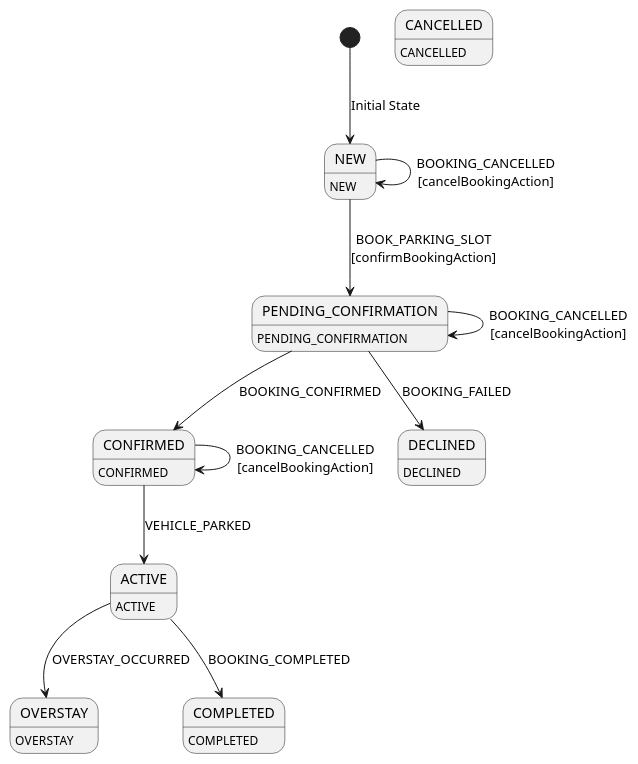
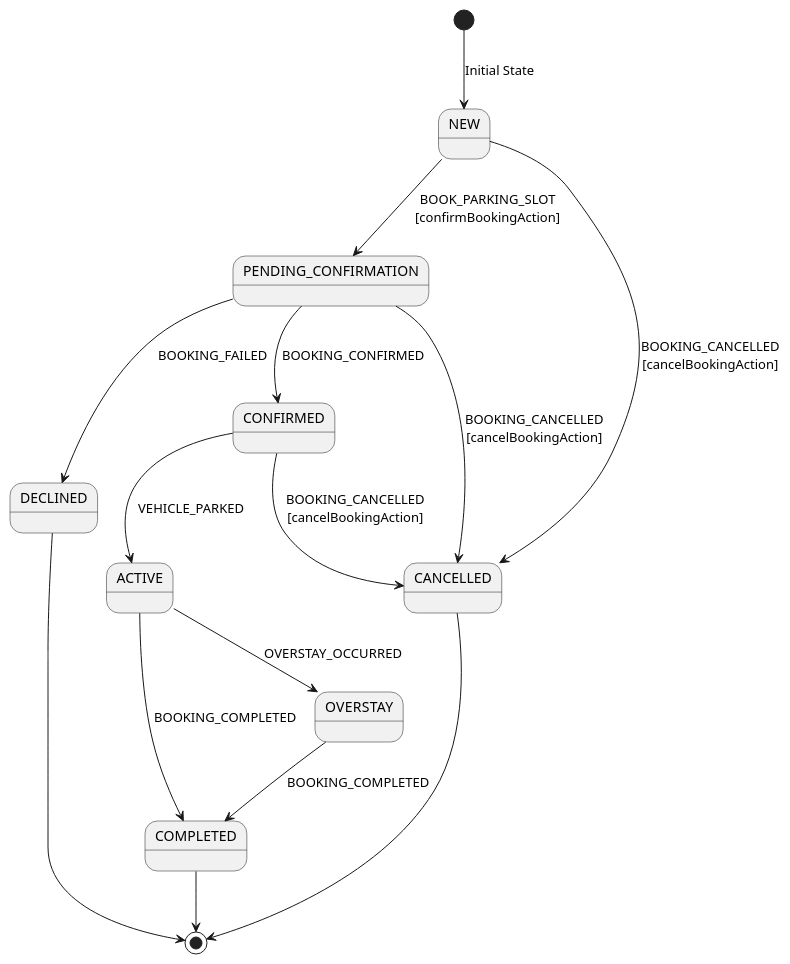
One commit to MohamedAbdulmaksoud/fhdo-smart-parking changed the diagram in fhdo-booking-service/static/uml/StateMachineConfig.puml. Above: the diagram before and after it, drawn with PlantUML. The commit also changed 76 other files, not shown here.

```diff
--- a/fhdo-booking-service/static/uml/StateMachineConfig.puml
+++ b/fhdo-booking-service/static/uml/StateMachineConfig.puml
@@ -1,26 +1,22 @@
 @startuml
 [*] --> NEW : Initial State
 
 NEW --> PENDING_CONFIRMATION : BOOK_PARKING_SLOT\n[confirmBookingAction]
-NEW --> NEW : BOOKING_CANCELLED\n[cancelBookingAction]
+NEW --> CANCELLED : BOOKING_CANCELLED\n[cancelBookingAction]
 
 PENDING_CONFIRMATION --> CONFIRMED : BOOKING_CONFIRMED
 PENDING_CONFIRMATION --> DECLINED : BOOKING_FAILED
-PENDING_CONFIRMATION --> PENDING_CONFIRMATION : BOOKING_CANCELLED\n[cancelBookingAction]
+PENDING_CONFIRMATION --> CANCELLED : BOOKING_CANCELLED\n[cancelBookingAction]
 
 CONFIRMED --> ACTIVE : VEHICLE_PARKED
-CONFIRMED --> CONFIRMED : BOOKING_CANCELLED\n[cancelBookingAction]
+CONFIRMED --> CANCELLED : BOOKING_CANCELLED\n[cancelBookingAction]
 
 ACTIVE --> OVERSTAY : OVERSTAY_OCCURRED
 ACTIVE --> COMPLETED : BOOKING_COMPLETED
 
-NEW : NEW
-PENDING_CONFIRMATION : PENDING_CONFIRMATION
-CONFIRMED : CONFIRMED
-ACTIVE : ACTIVE
-OVERSTAY : OVERSTAY
-CANCELLED : CANCELLED
-COMPLETED : COMPLETED
-DECLINED : DECLINED
+CANCELLED --> [*]
+COMPLETED --> [*]
+DECLINED --> [*]
+OVERSTAY --> COMPLETED : BOOKING_COMPLETED
 
 @enduml
```
